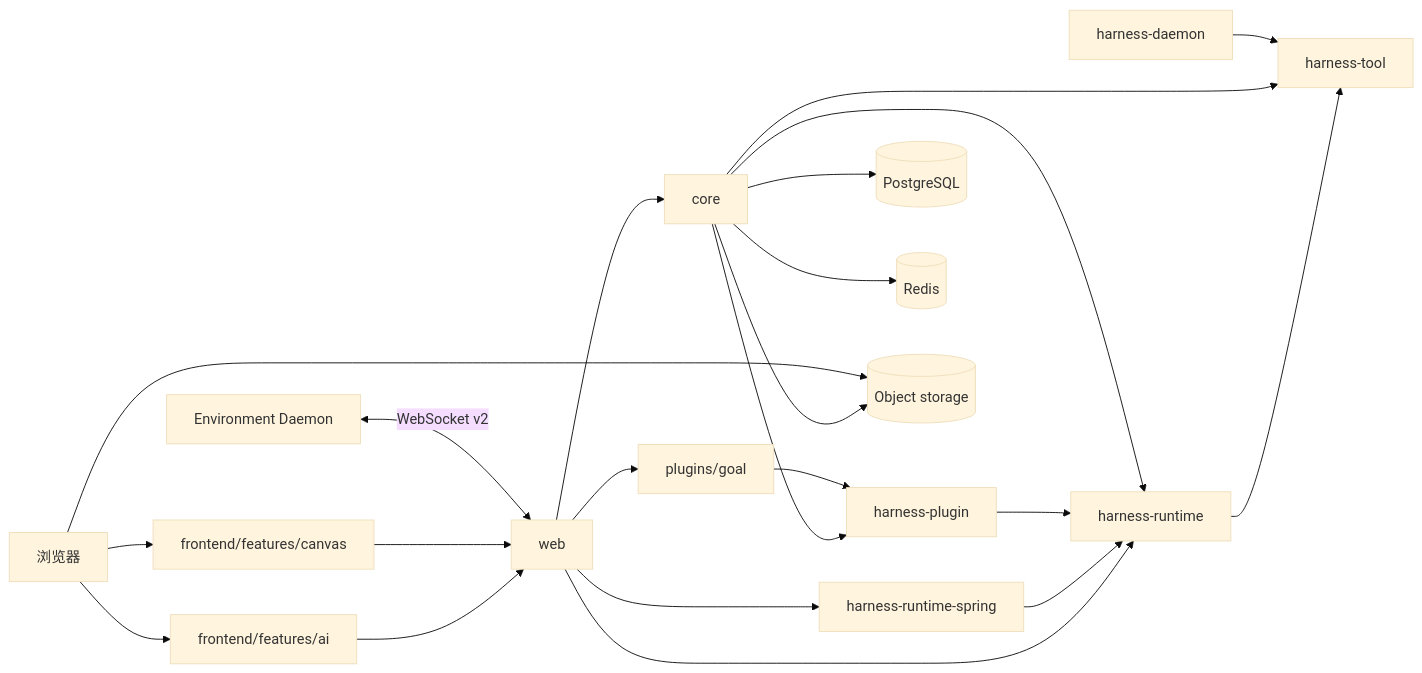
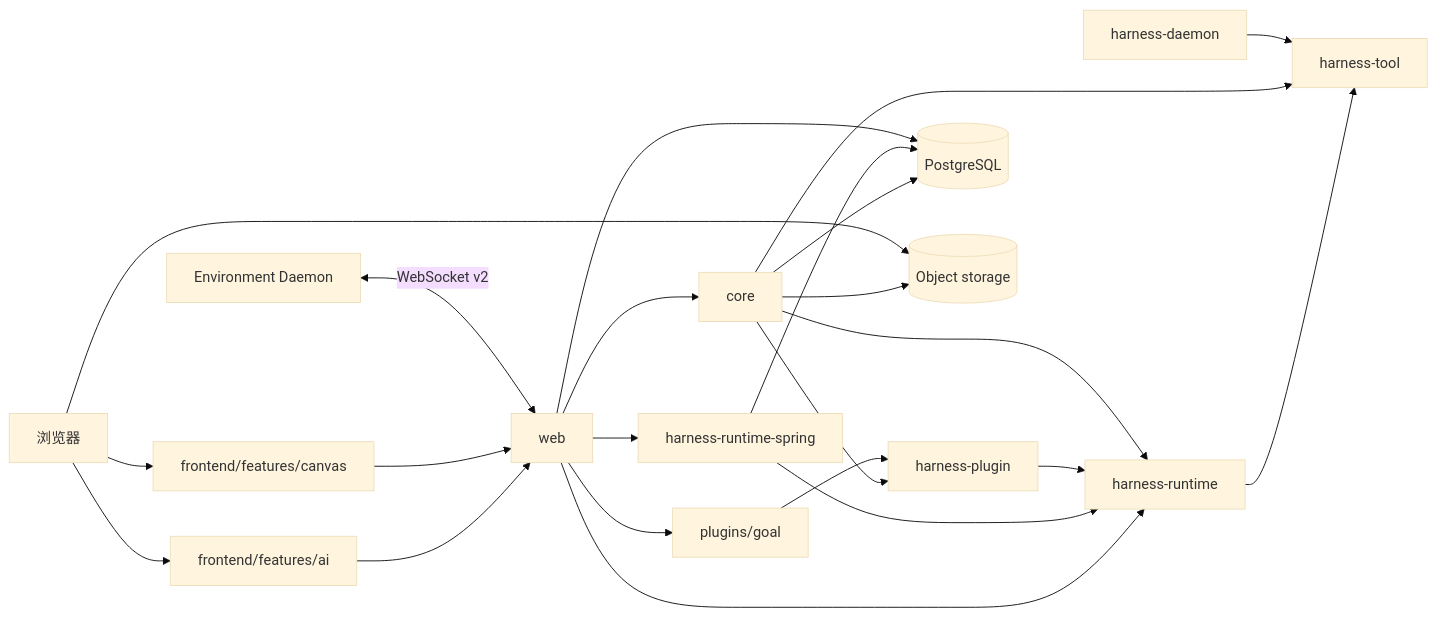
One commit to fengwk/kk-studio changed the diagram in docs/technical-solution/architecture.md. Above: the diagram before and after it, drawn with Mermaid (base theme). The commit also changed other lines of this file and 25 other files, not shown here.

````diff
--- a/docs/technical-solution/architecture.md
+++ b/docs/technical-solution/architecture.md
@@ -14,40 +14,40 @@
 ```mermaid
 flowchart LR
     Browser[浏览器]
     AI[frontend/features/ai]
     Canvas[frontend/features/canvas]
     Web[web]
     Core[core]
     Runtime[harness-runtime]
     Plugin[harness-plugin]
     Goal[plugins/goal]
     RuntimeSpring[harness-runtime-spring]
     Tool[harness-tool]
     Daemon[harness-daemon]
     PG[(PostgreSQL)]
-    Redis[(Redis)]
     S3[(Object storage)]
     Env[Environment Daemon]
 
     Browser --> AI
     Browser --> Canvas
     AI --> Web
     Canvas --> Web
     Web --> Core
     Web --> RuntimeSpring
     Web --> Runtime
     Web --> Goal
     RuntimeSpring --> Runtime
     Core --> Plugin
     Goal --> Plugin
     Plugin --> Runtime
     Runtime --> Tool
     Core --> Runtime
     Core --> Tool
     Daemon --> Tool
     Core --> PG
-    Core --> Redis
+    RuntimeSpring --> PG
+    Web --> PG
     Core --> S3
     Browser --> S3
     Env <-->|WebSocket v2| Web
 ```
````
